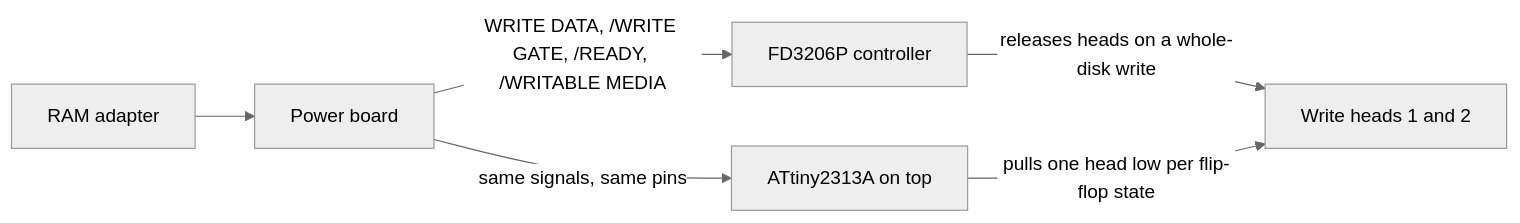
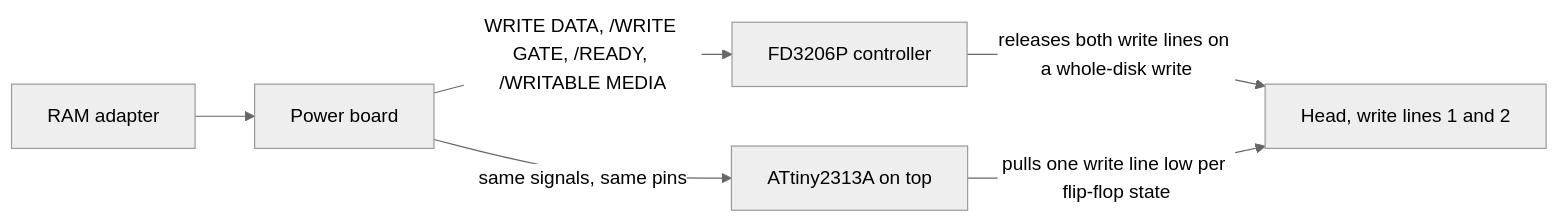
One commit to gufranco/fd3206-write-unlock changed the diagram in README.md. Above: the diagram before and after it, drawn with Mermaid (neutral theme). The commit also changed other lines of this file and 25 other files, not shown here.

First line of the commit message:
refactor: call pins 14 and 15 write lines

````diff
--- a/README.md
+++ b/README.md
@@ -109,8 +109,8 @@
 ```mermaid
 graph LR
     RAM[RAM adapter] --> PWR[Power board]
     PWR -->|WRITE DATA, /WRITE GATE, /READY, /WRITABLE MEDIA| FD[FD3206P controller]
     PWR -->|same signals, same pins| AT[ATtiny2313A on top]
-    FD -->|releases heads on a whole-disk write| HEADS[Write heads 1 and 2]
-    AT -->|pulls one head low per flip-flop state| HEADS
+    FD -->|releases both write lines on a whole-disk write| HEAD[Head, write lines 1 and 2]
+    AT -->|pulls one write line low per flip-flop state| HEAD
 ```
````
